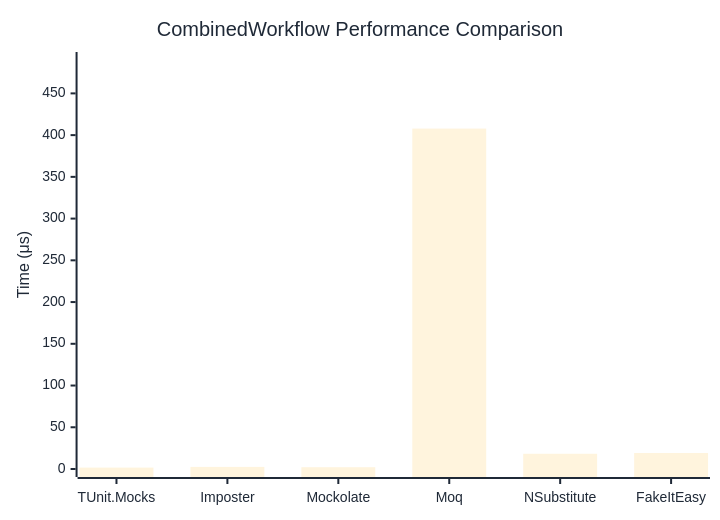
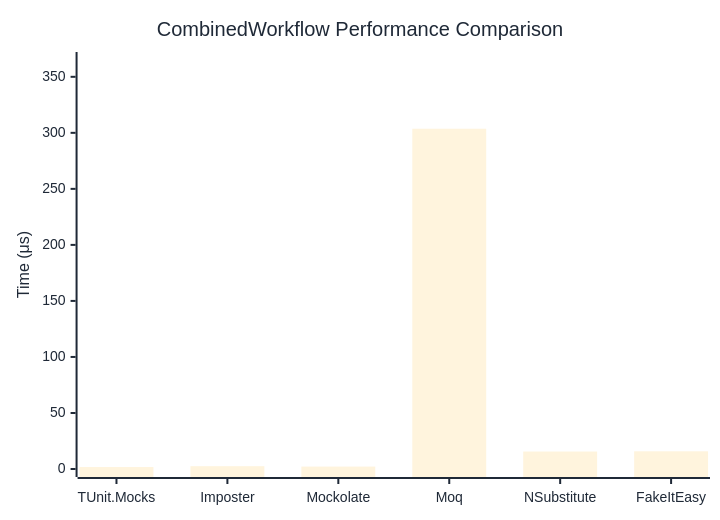
The diagram in docs/docs/benchmarks/mocks/CombinedWorkflow.md (thomhurst/TUnit), drawn with Mermaid before and after one commit. The commit also changed other lines of this file and 14 other files, not shown here.

````diff
--- a/docs/docs/benchmarks/mocks/CombinedWorkflow.md
+++ b/docs/docs/benchmarks/mocks/CombinedWorkflow.md
@@ -28,27 +28,27 @@
 ```mermaid
 %%{init: {
   'theme':'base',
   'themeVariables': {
     'primaryColor': '#2563eb',
     'primaryTextColor': '#1f2937',
     'primaryBorderColor': '#1e40af',
     'lineColor': '#6b7280',
     'secondaryColor': '#7c3aed',
     'tertiaryColor': '#dc2626',
     'background': '#ffffff',
     'pie1': '#2563eb',
     'pie2': '#7c3aed',
     'pie3': '#dc2626',
     'pie4': '#f59e0b',
     'pie5': '#10b981',
     'pie6': '#06b6d4',
     'pie7': '#ec4899',
     'pie8': '#6366f1'
   }
 }}%%
 xychart-beta
   title "CombinedWorkflow Performance Comparison"
   x-axis ["TUnit.Mocks", "Imposter", "Mockolate", "Moq", "NSubstitute", "FakeItEasy"]
-  y-axis "Time (μs)" 0 --> 490
-  bar [1.68, 2.495, 2.141, 407.841, 18.24, 19.172]
+  y-axis "Time (μs)" 0 --> 365
+  bar [1.733, 2.519, 2.162, 303.652, 15.583, 15.787]
 ```
````
